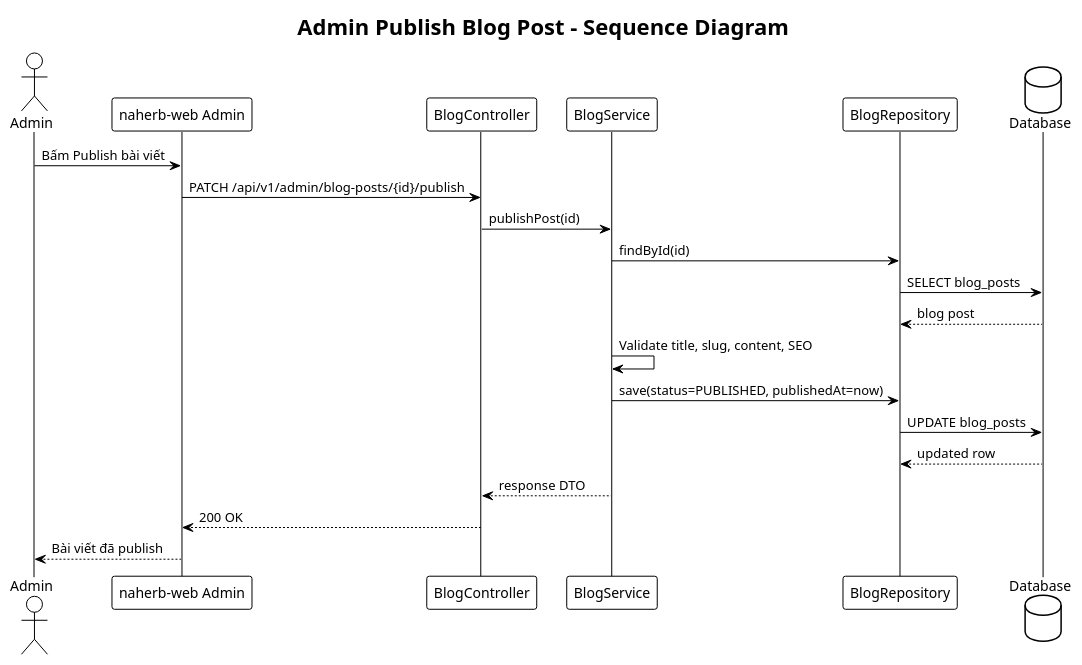
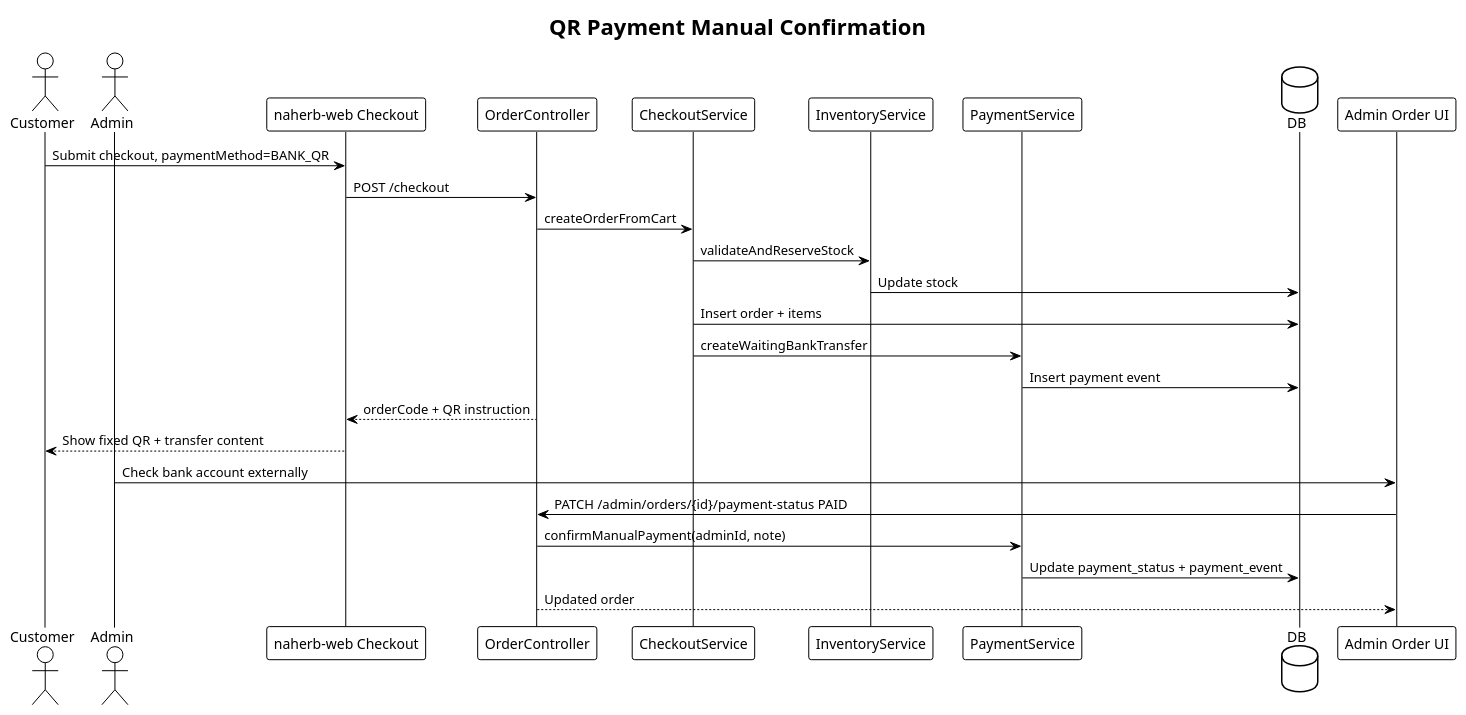
Before and after one commit to Dyuedu071/NaHerbs: the eighth of 9 diagrams in docs/SDD.md, drawn with PlantUML. The commit also changed other lines of this file and 42 other files, not shown here.

Commit message:
feat: initialize NaHerbs web frontend and database schema with initial documentation and project structure

````diff
--- a/docs/SDD.md
+++ b/docs/SDD.md
@@ -1259,30 +606,35 @@
 ```plantuml
 @startuml
 !theme plain
 skinparam shadowing false
 skinparam defaultFontName Arial
 
-title Admin Publish Blog Post - Sequence Diagram
+title QR Payment Manual Confirmation
 
-actor "Admin" as Admin
-participant "naherb-web Admin" as Web
-participant "BlogController" as Controller
-participant "BlogService" as Service
-participant "BlogRepository" as Repo
-database "Database" as DB
+actor Customer
+actor Admin
+participant "naherb-web Checkout" as Web
+participant "OrderController" as OrderAPI
+participant "CheckoutService" as Checkout
+participant "InventoryService" as Inventory
+participant "PaymentService" as Payment
+database "DB" as DB
+participant "Admin Order UI" as AdminUI
 
-Admin -> Web : Bấm Publish bài viết
-Web -> Controller : PATCH /api/v1/admin/blog-posts/{id}/publish
-Controller -> Service : publishPost(id)
-Service -> Repo : findById(id)
-Repo -> DB : SELECT blog_posts
-DB --> Repo : blog post
-Service -> Service : Validate title, slug, content, SEO
-Service -> Repo : save(status=PUBLISHED, publishedAt=now)
-Repo -> DB : UPDATE blog_posts
-DB --> Repo : updated row
-Controller <-- Service : response DTO
-Web <-- Controller : 200 OK
-Admin <-- Web : Bài viết đã publish
+Customer -> Web : Submit checkout, paymentMethod=BANK_QR
+Web -> OrderAPI : POST /checkout
+OrderAPI -> Checkout : createOrderFromCart
+Checkout -> Inventory : validateAndReserveStock
+Inventory -> DB : Update stock
+Checkout -> DB : Insert order + items
+Checkout -> Payment : createWaitingBankTransfer
+Payment -> DB : Insert payment event
+OrderAPI --> Web : orderCode + QR instruction
+Web --> Customer : Show fixed QR + transfer content
+Admin -> AdminUI : Check bank account externally
+AdminUI -> OrderAPI : PATCH /admin/orders/{id}/payment-status PAID
+OrderAPI -> Payment : confirmManualPayment(adminId, note)
+Payment -> DB : Update payment_status + payment_event
+OrderAPI --> AdminUI : Updated order
 @enduml
 ```
````
